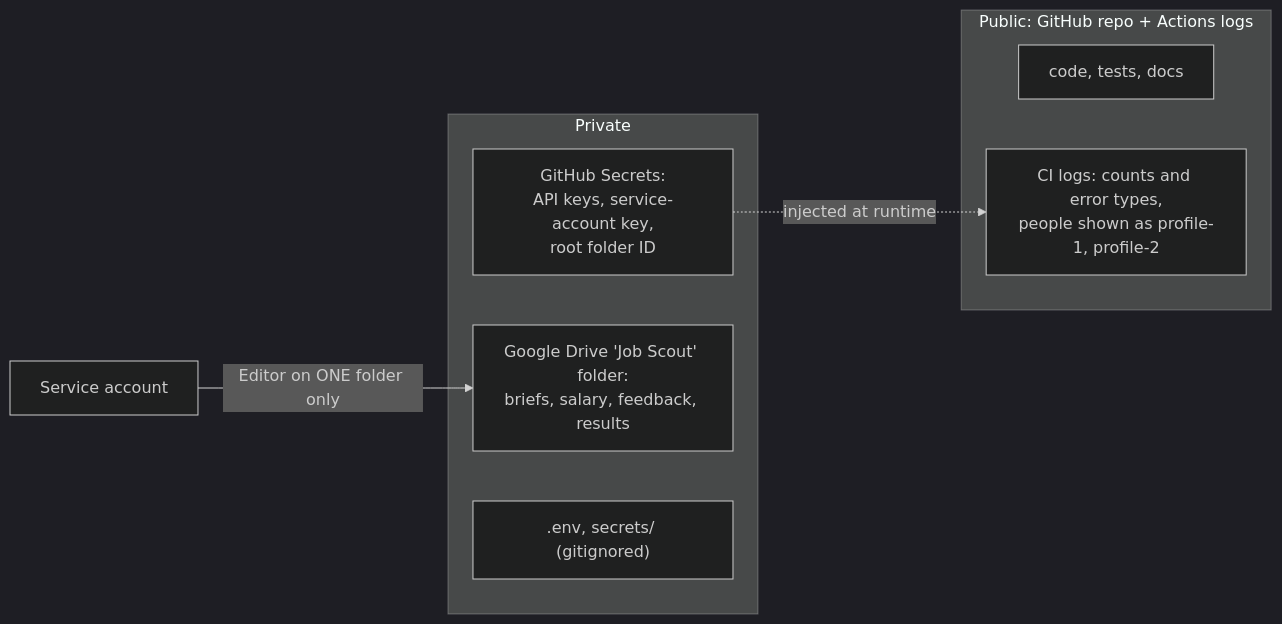
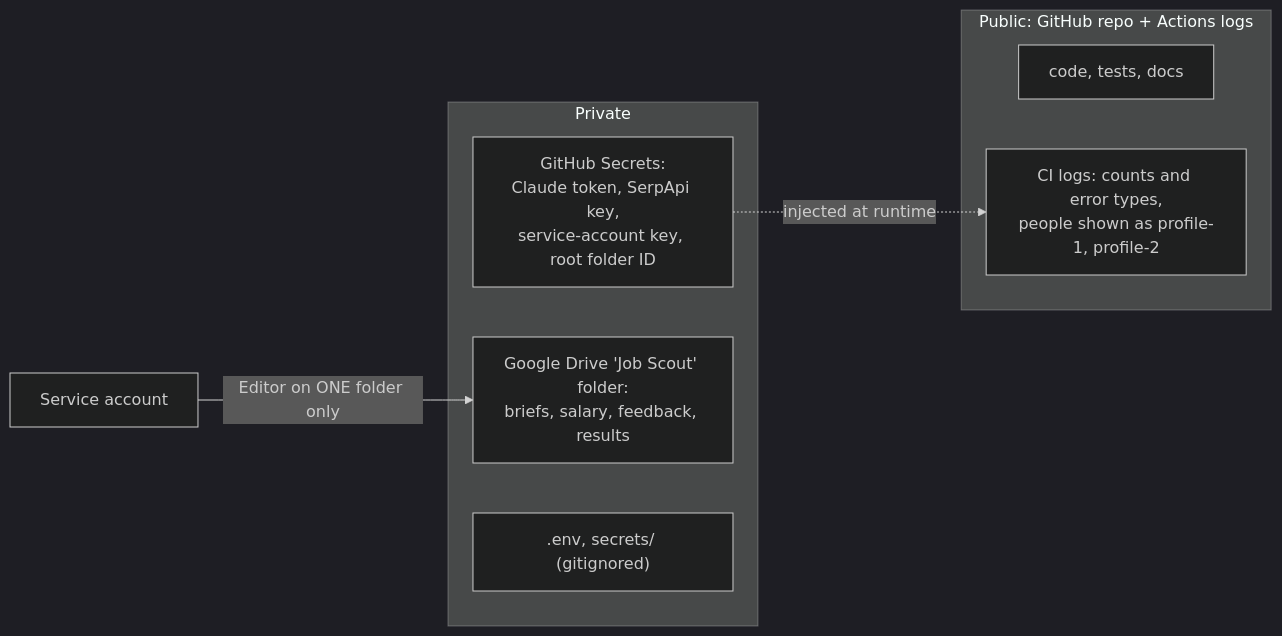
The sixth of 6 diagrams in docs/ARCHITECTURE.md (juliavasan/job-scout), drawn with Mermaid (dark theme) before and after one commit. The commit also changed other lines of this file and 14 other files, not shown here.

````diff
--- a/docs/ARCHITECTURE.md
+++ b/docs/ARCHITECTURE.md
@@ -221,14 +259,14 @@
 ```mermaid
 flowchart LR
     subgraph PUBLIC["Public: GitHub repo + Actions logs"]
         CODE["code, tests, docs"]
         LOGS["CI logs: counts and error types,<br/>people shown as profile-1, profile-2"]
     end
     subgraph PRIVATE["Private"]
-        SEC["GitHub Secrets:<br/>API keys, service-account key,<br/>root folder ID"]
+        SEC["GitHub Secrets:<br/>Claude token, SerpApi key,<br/>service-account key, root folder ID"]
         DRV["Google Drive 'Job Scout' folder:<br/>briefs, salary, feedback, results"]
         LOCAL[".env, secrets/ (gitignored)"]
     end
     SEC -.->|"injected at runtime"| LOGS
     SA["Service account"] -->|"Editor on ONE folder only"| DRV
 ```
````
